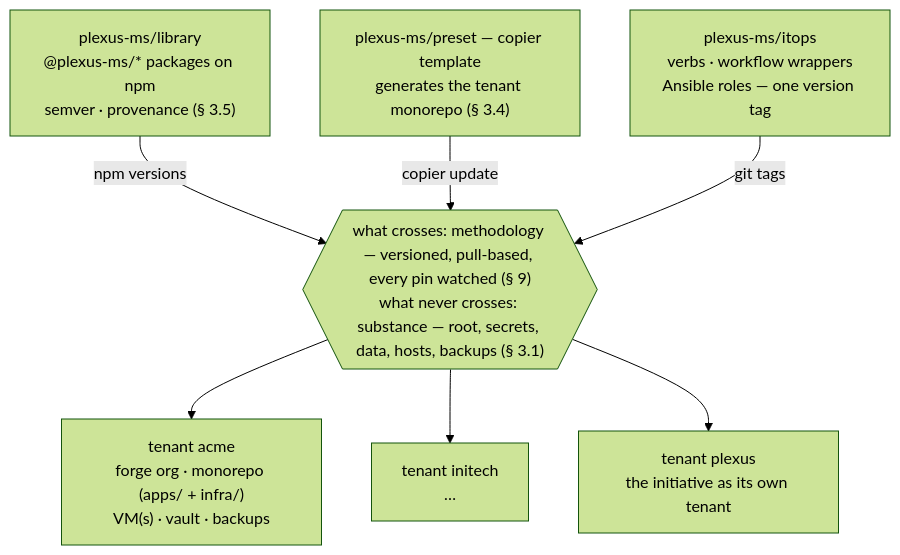
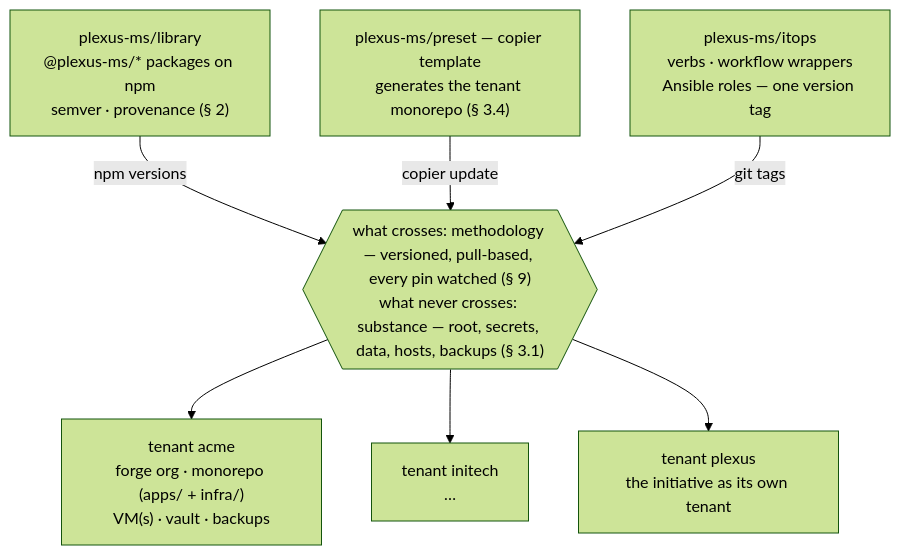
The first of 2 diagrams in plexus/standard.md (plexus-ms/compendium), drawn with Mermaid (forest theme) before and after one commit. The commit also changed other lines of this file and 2 other files, not shown here.

````diff
--- a/plexus/standard.md
+++ b/plexus/standard.md
@@ -172,13 +130,13 @@
 ```mermaid
 flowchart TB
-  library["plexus-ms/library<br>@plexus-ms/* packages on npm<br>semver · provenance (§ 3.5)"]
+  library["plexus-ms/library<br>@plexus-ms/* packages on npm<br>semver · provenance (§ 2)"]
   preset["plexus-ms/preset — copier template<br>generates the tenant monorepo (§ 3.4)"]
   itops["plexus-ms/itops<br>verbs · workflow wrappers<br>Ansible roles — one version tag"]
   boundary{{"what crosses: methodology — versioned, pull-based, every pin watched (§ 9)<br>what never crosses: substance — root, secrets, data, hosts, backups (§ 3.1)"}}
   library -- "npm versions" --> boundary
   preset -- "copier update" --> boundary
   itops -- "git tags" --> boundary
   boundary --> acme["tenant acme<br>forge org · monorepo (apps/ + infra/)<br>VM(s) · vault · backups"]
   boundary --> initech["tenant initech<br>…"]
   boundary --> plexus["tenant plexus<br>the initiative as its own tenant"]
 ```
````
